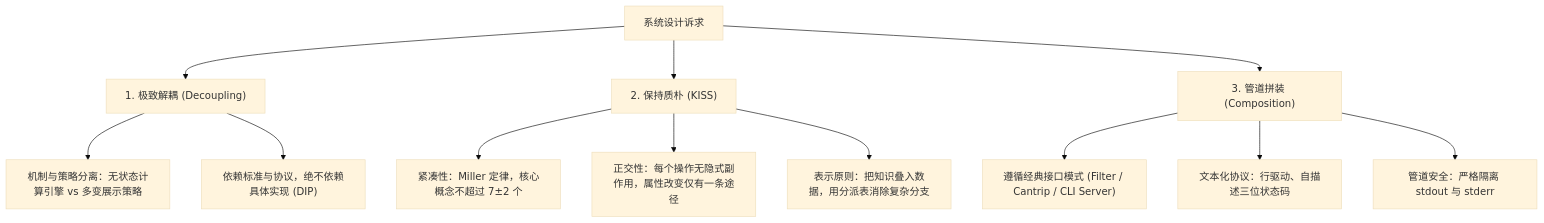
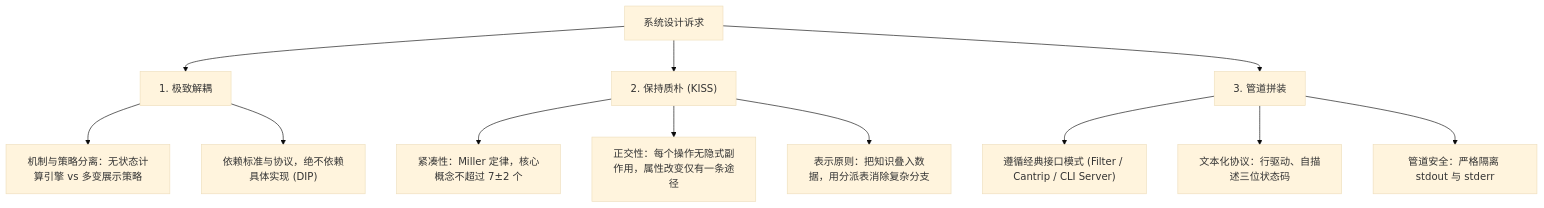
The diagram in .agents/skills/unix-philosophy/SKILL.md (lilucpp/code-craft), drawn with Mermaid (base theme) before and after one commit. The commit also changed other lines of this file and 35 other files, not shown here.

````diff
--- a/.agents/skills/unix-philosophy/SKILL.md
+++ b/.agents/skills/unix-philosophy/SKILL.md
@@ -16,17 +19,17 @@
 ```mermaid
 flowchart TD
-    A["系统设计诉求"] --> B["1. 极致解耦 (Decoupling)"]
+    A["系统设计诉求"] --> B["1. 极致解耦"]
     A --> C["2. 保持质朴 (KISS)"]
-    A --> D["3. 管道拼装 (Composition)"]
+    A --> D["3. 管道拼装"]
 
     B --> B1["机制与策略分离：无状态计算引擎 vs 多变展示策略"]
     B --> B2["依赖标准与协议，绝不依赖具体实现 (DIP)"]
 
     C --> C1["紧凑性：Miller 定律，核心概念不超过 7±2 个"]
     C --> C2["正交性：每个操作无隐式副作用，属性改变仅有一条途径"]
     C --> C3["表示原则：把知识叠入数据，用分派表消除复杂分支"]
 
     D --> D1["遵循经典接口模式 (Filter / Cantrip / CLI Server)"]
     D --> D2["文本化协议：行驱动、自描述三位状态码"]
     D --> D3["管道安全：严格隔离 stdout 与 stderr"]
 ```
````
